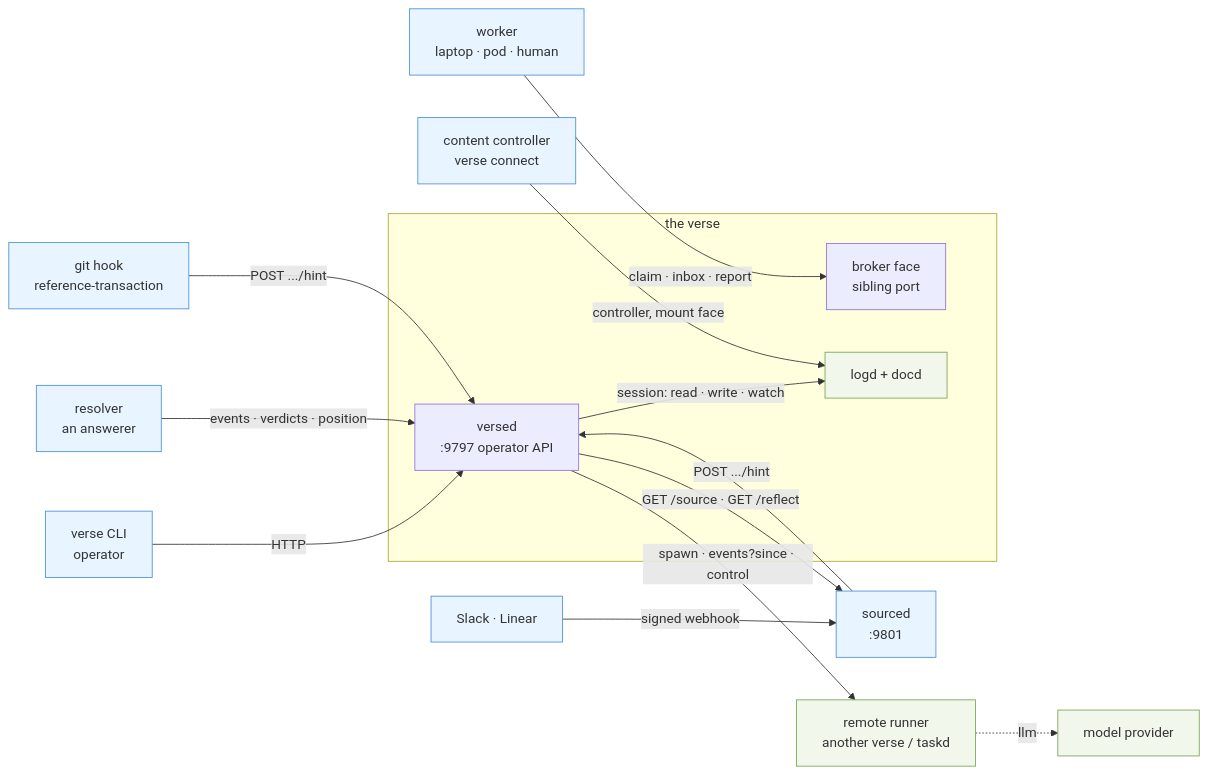
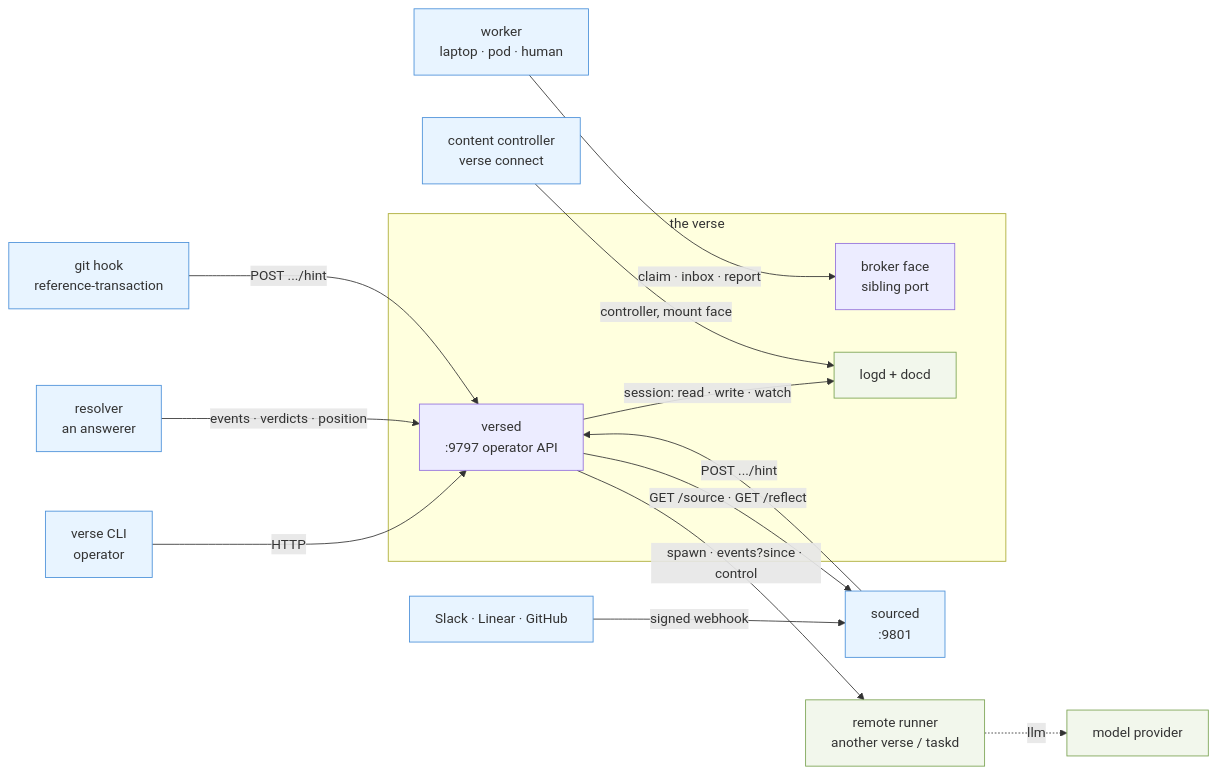
Before and after one commit to signadot/viff: the first of 4 diagrams in docs/seams.md, drawn with Mermaid. The commit also changed other lines of this file and 14 other files, not shown here.

````diff
--- a/docs/seams.md
+++ b/docs/seams.md
@@ -50,37 +50,37 @@
 ```mermaid
 flowchart LR
   cli["verse CLI<br/>operator"]
   res["resolver<br/>an answerer"]
   worker["worker<br/>laptop · pod · human"]
-  wh["Slack · Linear"]
+  wh["Slack · Linear · GitHub"]
   hook["git hook<br/>reference-transaction"]
 
   subgraph host["the verse"]
     versed["versed<br/>:9797 operator API"]
     bface["broker face<br/>sibling port"]
     docd["logd + docd"]
   end
 
   remote["remote runner<br/>another verse / taskd"]
   src["sourced<br/>:9801"]
   ctl["content controller<br/>verse connect"]
   llm["model provider"]
 
   cli -->|"HTTP"| versed
   res -->|"events · verdicts · position"| versed
   wh -->|"signed webhook"| src
   hook -->|"POST .../hint"| versed
   worker -->|"claim · inbox · report"| bface
 
   versed -->|"session: read · write · watch"| docd
   versed -->|"spawn · events?since · control"| remote
   versed -->|"GET /source · GET /reflect"| src
   src -->|"POST .../hint"| versed
   ctl -->|"controller, mount face"| docd
   remote -.->|"llm"| llm
 
   classDef dialsIn fill:#e8f4ff,stroke:#4a90d9
   classDef dialsOut fill:#f2f7ec,stroke:#7aa352
   class cli,res,worker,wh,hook,src,ctl dialsIn
   class remote,llm,docd dialsOut
 ```
````
